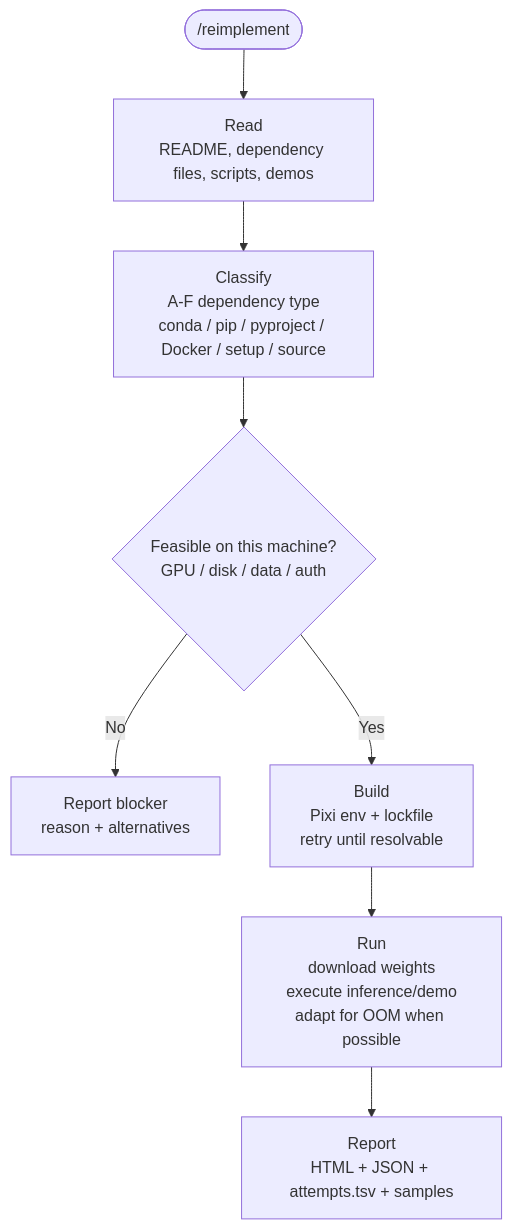
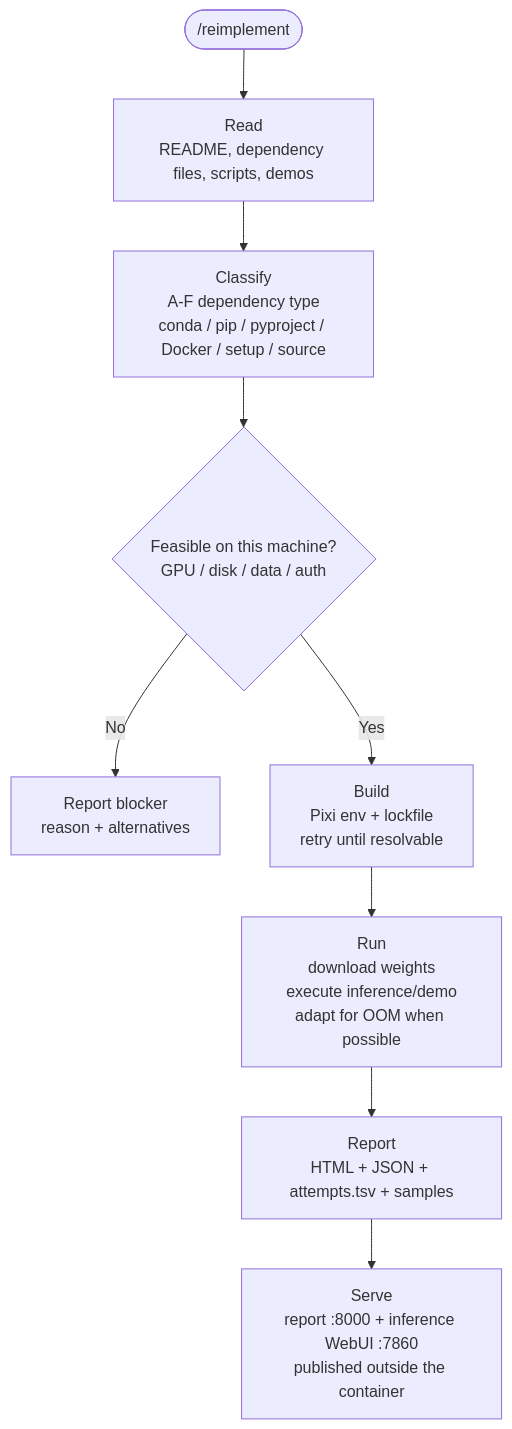
One commit to DenDen047/paper-reproducer changed the diagram in README.md. Above: the diagram before and after it, drawn with Mermaid. The commit also changed other lines of this file and 2 other files, not shown here.

Commit message:
docs: document inference WebUI generation and --serve mode

````diff
--- a/README.md
+++ b/README.md
@@ -93,10 +115,11 @@
 ```mermaid
 flowchart TD
     Start([/reimplement]) --> Read["Read<br/>README, dependency files, scripts, demos"]
     Read --> Classify["Classify<br/>A-F dependency type<br/>conda / pip / pyproject / Docker / setup / source"]
     Classify --> Gate{"Feasible on this machine?<br/>GPU / disk / data / auth"}
     Gate -- No --> Fail["Report blocker<br/>reason + alternatives"]
     Gate -- Yes --> Build["Build<br/>Pixi env + lockfile<br/>retry until resolvable"]
     Build --> Run["Run<br/>download weights<br/>execute inference/demo<br/>adapt for OOM when possible"]
     Run --> Report["Report<br/>HTML + JSON + attempts.tsv + samples"]
+    Report --> Serve["Serve<br/>report :8000 + inference WebUI :7860<br/>published outside the container"]
 ```
````
